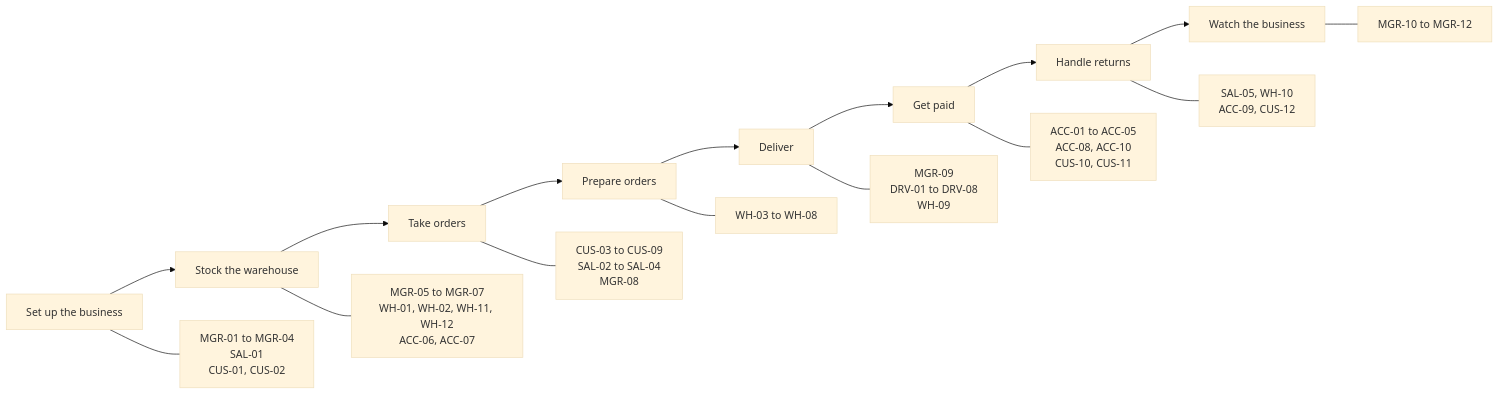
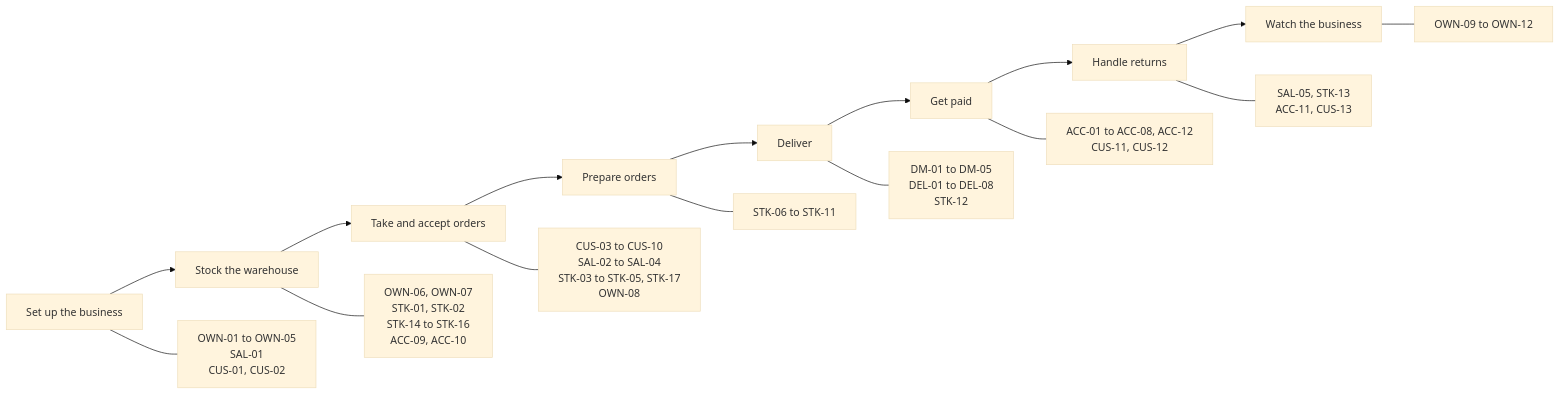
Before and after one commit to AhmedElnagarUU/Cosmo: the diagram in docs/user-stories/README.md, drawn with Mermaid (base theme). The commit also changed other lines of this file and 33 other files, not shown here.

````diff
--- a/docs/user-stories/README.md
+++ b/docs/user-stories/README.md
@@ -43,19 +48,19 @@
 ```mermaid
 flowchart LR
     S1[Set up the business] --> S2[Stock the warehouse]
-    S2 --> S3[Take orders]
+    S2 --> S3[Take and accept orders]
     S3 --> S4[Prepare orders]
     S4 --> S5[Deliver]
     S5 --> S6[Get paid]
     S6 --> S7[Handle returns]
     S7 --> S8[Watch the business]
 
-    S1 --- T1[MGR-01 to MGR-04<br/>SAL-01<br/>CUS-01, CUS-02]
-    S2 --- T2[MGR-05 to MGR-07<br/>WH-01, WH-02, WH-11, WH-12<br/>ACC-06, ACC-07]
-    S3 --- T3[CUS-03 to CUS-09<br/>SAL-02 to SAL-04<br/>MGR-08]
-    S4 --- T4[WH-03 to WH-08]
-    S5 --- T5[MGR-09<br/>DRV-01 to DRV-08<br/>WH-09]
-    S6 --- T6[ACC-01 to ACC-05<br/>ACC-08, ACC-10<br/>CUS-10, CUS-11]
-    S7 --- T7[SAL-05, WH-10<br/>ACC-09, CUS-12]
-    S8 --- T8[MGR-10 to MGR-12]
+    S1 --- T1[OWN-01 to OWN-05<br/>SAL-01<br/>CUS-01, CUS-02]
+    S2 --- T2[OWN-06, OWN-07<br/>STK-01, STK-02<br/>STK-14 to STK-16<br/>ACC-09, ACC-10]
+    S3 --- T3[CUS-03 to CUS-10<br/>SAL-02 to SAL-04<br/>STK-03 to STK-05, STK-17<br/>OWN-08]
+    S4 --- T4[STK-06 to STK-11]
+    S5 --- T5[DM-01 to DM-05<br/>DEL-01 to DEL-08<br/>STK-12]
+    S6 --- T6[ACC-01 to ACC-08, ACC-12<br/>CUS-11, CUS-12]
+    S7 --- T7[SAL-05, STK-13<br/>ACC-11, CUS-13]
+    S8 --- T8[OWN-09 to OWN-12]
 ```
````
